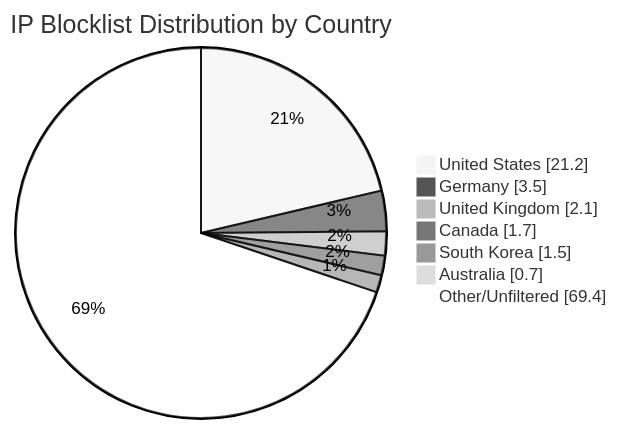
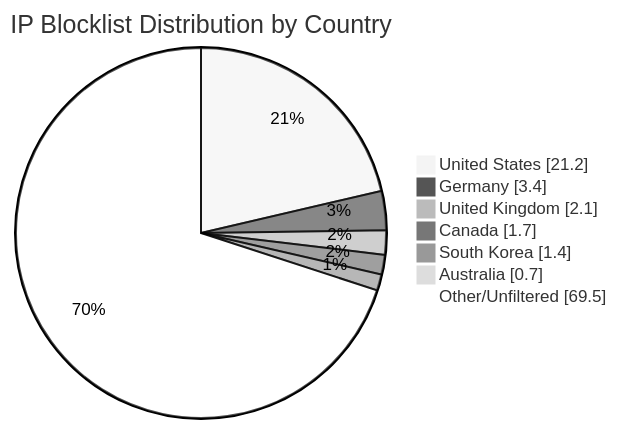
One commit to MarcusHoltz/ipblocklist-geofiltered-aggregator changed the diagram in README.md. Above: the diagram before and after it, drawn with Mermaid (neutral theme). The commit also changed other lines of this file and 9 other files, not shown here.

````diff
--- a/README.md
+++ b/README.md
@@ -34,10 +34,10 @@
 ```mermaid
 pie showData title IP Blocklist Distribution by Country
 "United States" : 21.2
-"Germany" : 3.5
+"Germany" : 3.4
 "United Kingdom" : 2.1
 "Canada" : 1.7
-"South Korea" : 1.5
+"South Korea" : 1.4
 "Australia" : 0.7
-"Other/Unfiltered" : 69.4
+"Other/Unfiltered" : 69.5
 ```
````
